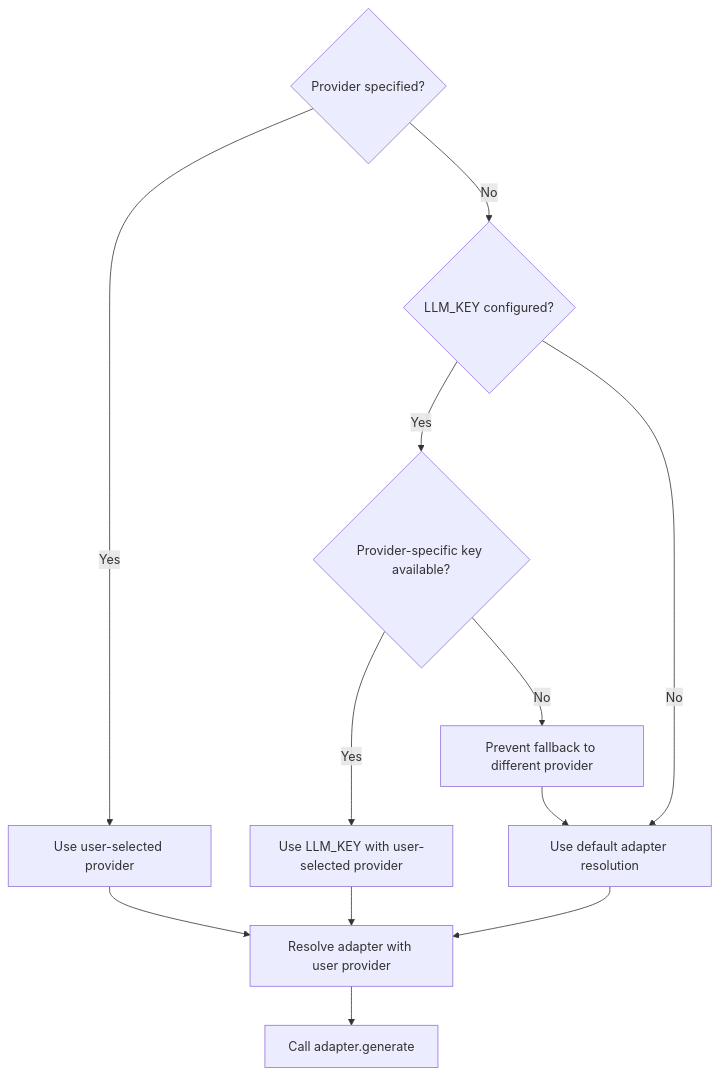
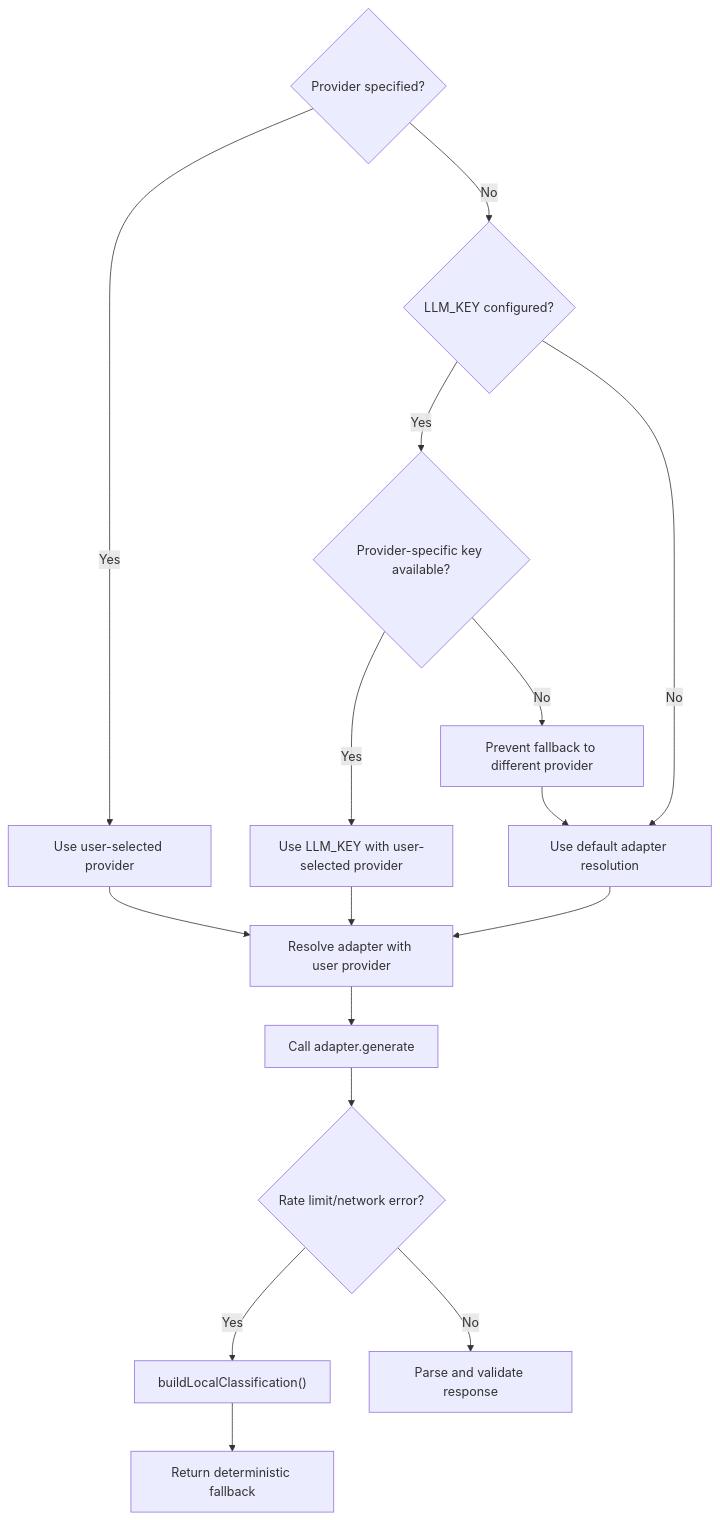
Before and after one commit to shekhargiri005-dotcom/AI-powered-accessibility-first-UI-engine: the ninth of 10 diagrams in .qoder/repowiki/en/content/AI Generation Engine/Core Generation Pipeline/Intent Processing & Blueprint Selection.md, drawn with Mermaid. The commit also changed other lines of this file and 71 other files, not shown here.

````diff
--- a/.qoder/repowiki/en/content/AI Generation Engine/Core Generation Pipeline/Intent Processing & Blueprint Selection.md
+++ b/.qoder/repowiki/en/content/AI Generation Engine/Core Generation Pipeline/Intent Processing & Blueprint Selection.md
@@ -375,15 +425,19 @@
 ```mermaid
 flowchart TD
 ProviderCheck{"Provider specified?"}
 ProviderCheck --> |Yes| UseUserProvider["Use user-selected provider"]
 ProviderCheck --> |No| CheckLLMKey{"LLM_KEY configured?"}
 UseUserProvider --> ResolveAdapter["Resolve adapter with user provider"]
 CheckLLMKey --> |Yes| CheckProviderKey{"Provider-specific key available?"}
 CheckLLMKey --> |No| UseDefault["Use default adapter resolution"]
 CheckProviderKey --> |Yes| UseLLMKey["Use LLM_KEY with user-selected provider"]
 CheckProviderKey --> |No| PreventFallback["Prevent fallback to different provider"]
 UseLLMKey --> ResolveAdapter
 PreventFallback --> UseDefault
 UseDefault --> ResolveAdapter
 ResolveAdapter --> CallAdapter["Call adapter.generate"]
+CallAdapter --> RateLimit{"Rate limit/network error?"}
+RateLimit --> |Yes| LocalFallback["buildLocalClassification()"]
+LocalFallback --> ReturnFallback["Return deterministic fallback"]
+RateLimit --> |No| ParseResponse["Parse and validate response"]
 ```
````
